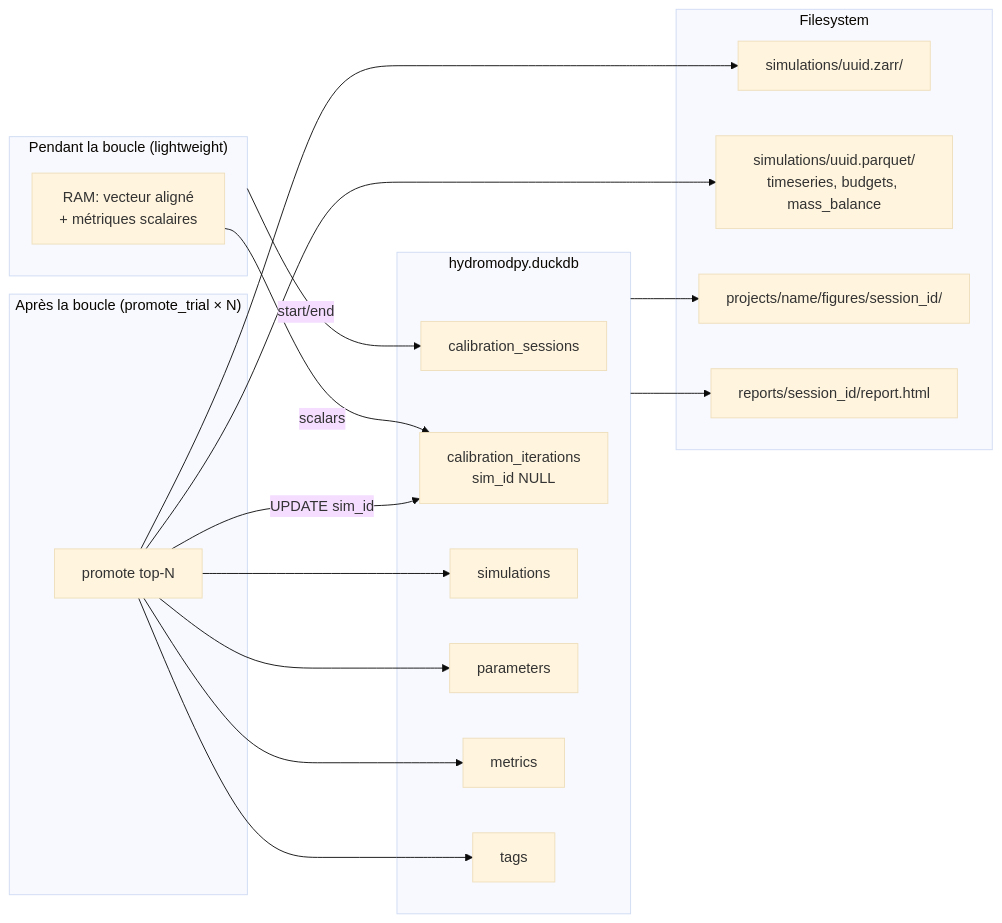
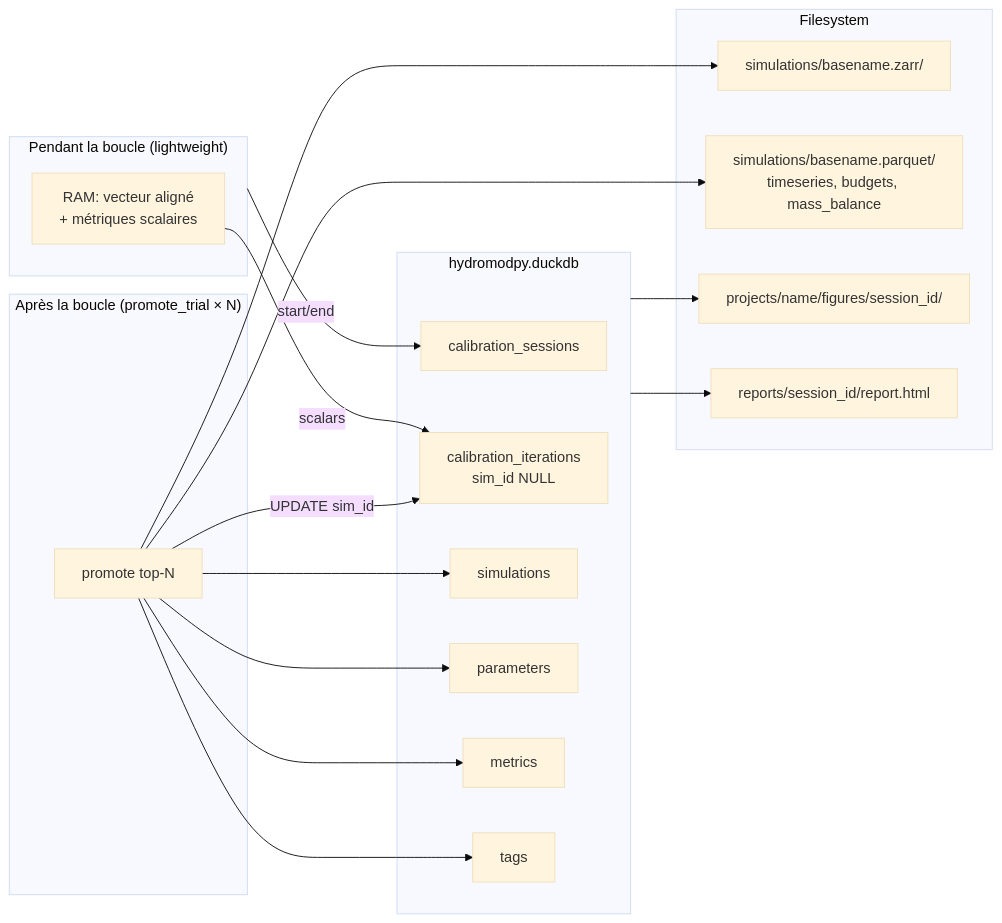
One commit to HydroModPy/HydroModPy changed the third of 3 diagrams in docs/developers/calibration_guide.md. Above: the diagram before and after it, drawn with Mermaid (base theme). The commit also changed other lines of this file and 9 other files, not shown here.

````diff
--- a/docs/developers/calibration_guide.md
+++ b/docs/developers/calibration_guide.md
@@ -371,40 +371,40 @@
 ```mermaid
 flowchart LR
     subgraph LOOP["Pendant la boucle (lightweight)"]
         RAM[RAM: vecteur aligné<br/>+ métriques scalaires]
     end
 
     subgraph DB["hydromodpy.duckdb"]
         SESS[calibration_sessions]
         ITER[calibration_iterations<br/>sim_id NULL]
         SIMS[simulations]
         PARM[parameters]
         MET[metrics]
         TAG[tags]
     end
 
     subgraph FS["Filesystem"]
-        ZARR[simulations/uuid.zarr/]
-        PARQ[simulations/uuid.parquet/<br/>timeseries, budgets, mass_balance]
+        ZARR[simulations/basename.zarr/]
+        PARQ[simulations/basename.parquet/<br/>timeseries, budgets, mass_balance]
         FIG[projects/name/figures/session_id/]
         HTML[reports/session_id/report.html]
     end
 
     RAM -->|scalars| ITER
     LOOP -->|start/end| SESS
 
     subgraph PROMOTE["Après la boucle (promote_trial × N)"]
         PTRIAL[promote top-N]
     end
 
     PTRIAL --> SIMS
     PTRIAL --> PARM
     PTRIAL --> MET
     PTRIAL --> TAG
     PTRIAL --> ZARR
     PTRIAL --> PARQ
     PTRIAL -->|UPDATE sim_id| ITER
 
     DB --> FIG
     DB --> HTML
 ```
````
